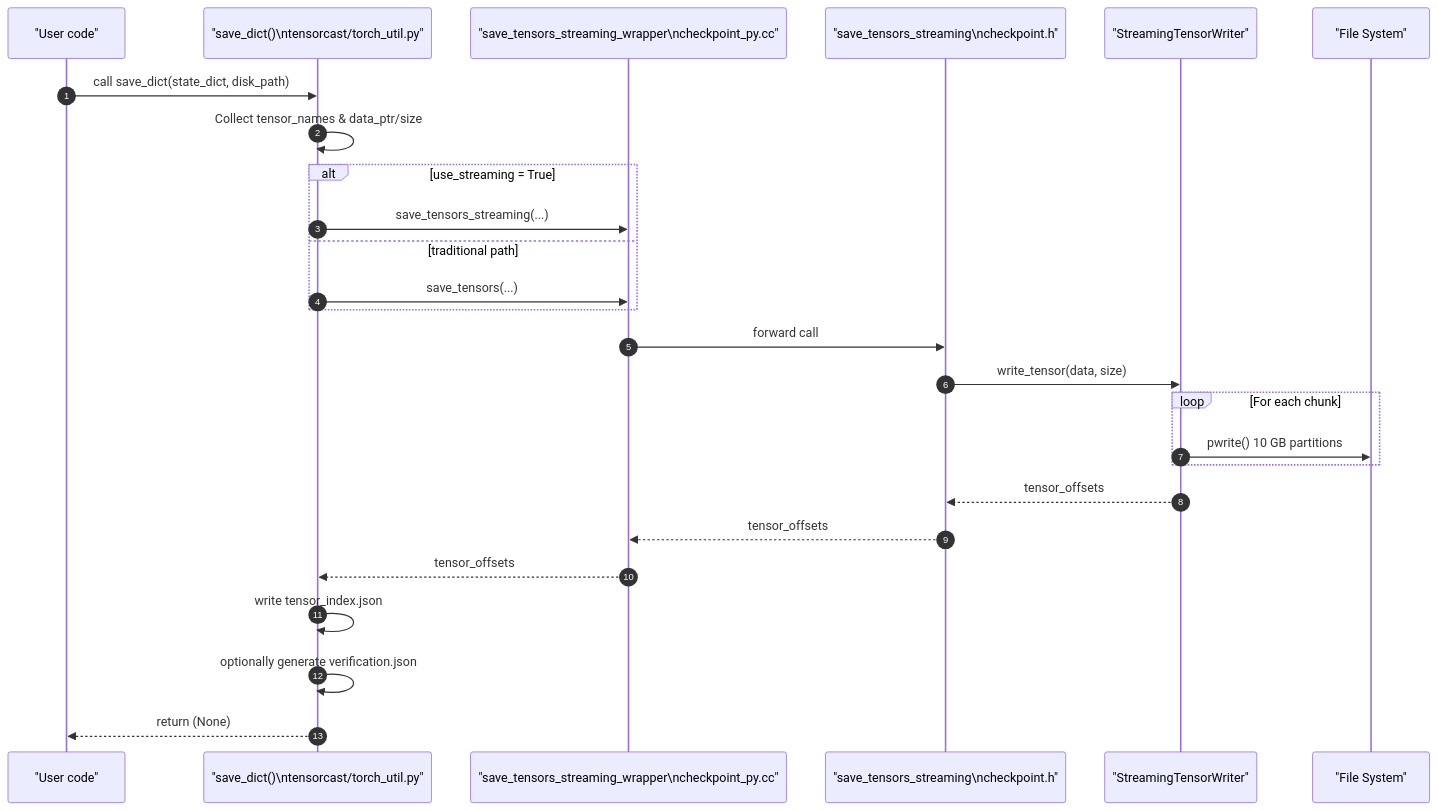
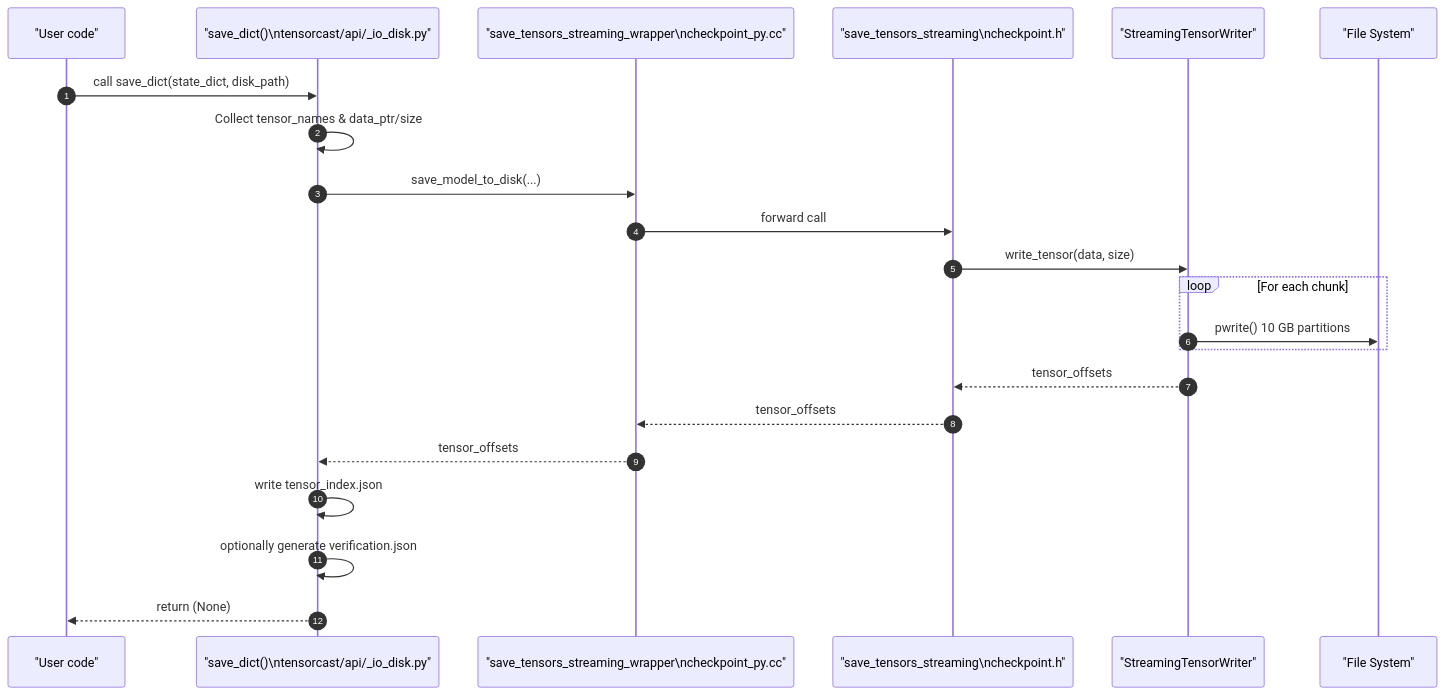
The diagram in docs/internals/save_dict_flow.md (tensorcast-ai/tensorcast), drawn with Mermaid before and after one commit. The commit also changed other lines of this file and 43 other files, not shown here.

````diff
--- a/docs/internals/save_dict_flow.md
+++ b/docs/internals/save_dict_flow.md
@@ -37,29 +39,25 @@
 ```mermaid
 sequenceDiagram
     autonumber
     participant U as "User code"
-    participant PY as "save_dict()\ntensorcast/torch_util.py"
+    participant PY as "save_dict()\ntensorcast/api/_io_disk.py"
     participant CPP as "save_tensors_streaming_wrapper\ncheckpoint_py.cc"
     participant API as "save_tensors_streaming\ncheckpoint.h"
     participant TW as "StreamingTensorWriter"
     participant FS as "File System"
 
     U->>PY: call save_dict(state_dict, disk_path)
     PY->>PY: Collect tensor_names & data_ptr/size
-    alt use_streaming = True
-        PY->>CPP: save_tensors_streaming(...)
-    else traditional path
-        PY->>CPP: save_tensors(...)
-    end
+    PY->>CPP: save_model_to_disk(...)
     CPP->>API: forward call
     API->>TW: write_tensor(data, size)
     loop For each chunk
         TW->>FS: pwrite() 10 GB partitions
     end
     TW-->>API: tensor_offsets
     API-->>CPP: tensor_offsets
     CPP-->>PY: tensor_offsets
     PY->>PY: write tensor_index.json
     PY->>PY: optionally generate verification.json
     PY-->>U: return (None)
 ```
````
